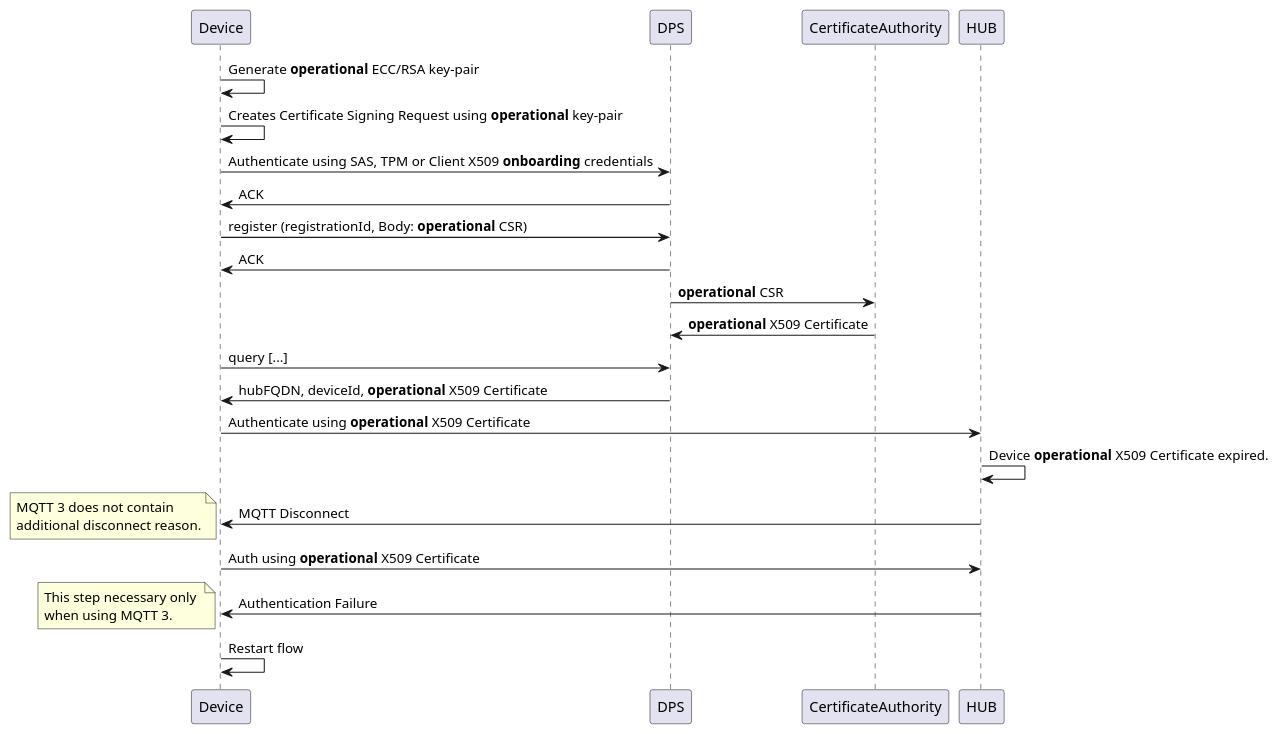
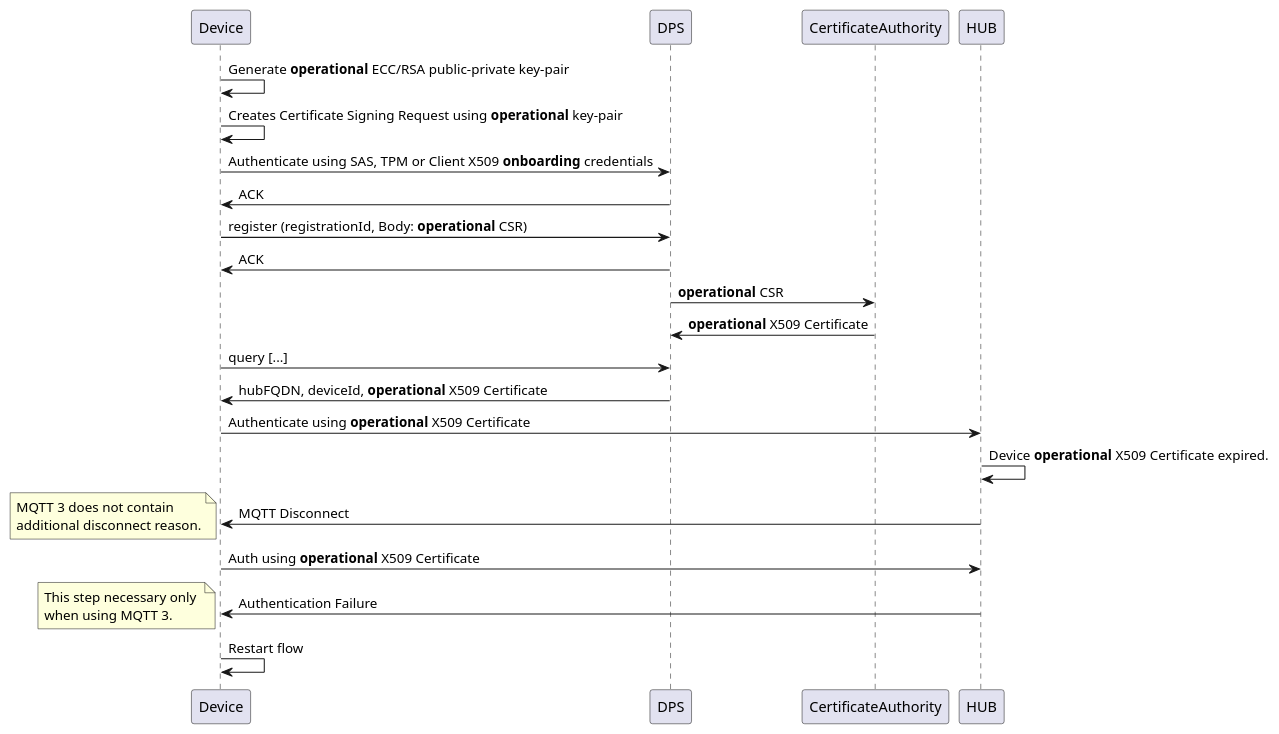
Before and after one commit to Azure-Samples/azure-iot-samples-csharp: the diagram in provisioning/Samples/device/SymmetricKeyWithOperationalCertificateSample/media/crs.puml, drawn with PlantUML. The commit also changed 3 other files, not shown here.

```diff
--- a/provisioning/Samples/device/SymmetricKeyWithOperationalCertificateSample/media/crs.puml
+++ b/provisioning/Samples/device/SymmetricKeyWithOperationalCertificateSample/media/crs.puml
@@ -1,27 +1,27 @@
 @startuml dpsCSR
-Device -> Device: Generate **operational** ECC/RSA key-pair
+Device -> Device: Generate **operational** ECC/RSA public-private key-pair
 Device -> Device: Creates Certificate Signing Request using **operational** key-pair
 Device -> DPS: Authenticate using SAS, TPM or Client X509 **onboarding** credentials
 DPS -> Device: ACK
 Device -> DPS: register (registrationId, Body: **operational** CSR)
 DPS -> Device: ACK
 DPS -> CertificateAuthority: **operational** CSR
 DPS <- CertificateAuthority: **operational** X509 Certificate
 Device -> DPS: query [...]
 DPS -> Device: hubFQDN, deviceId, **operational** X509 Certificate
 Device -> HUB: Authenticate using **operational** X509 Certificate
 HUB->HUB: Device **operational** X509 Certificate expired.
 Device <- HUB: MQTT Disconnect
 note left
   MQTT 3 does not contain 
   additional disconnect reason.
 end note
 Device -> HUB: Auth using **operational** X509 Certificate
 Device <- HUB: Authentication Failure
 note left
   This step necessary only 
   when using MQTT 3.
 end note
 Device -> Device: Restart flow
 
 @enduml
```
